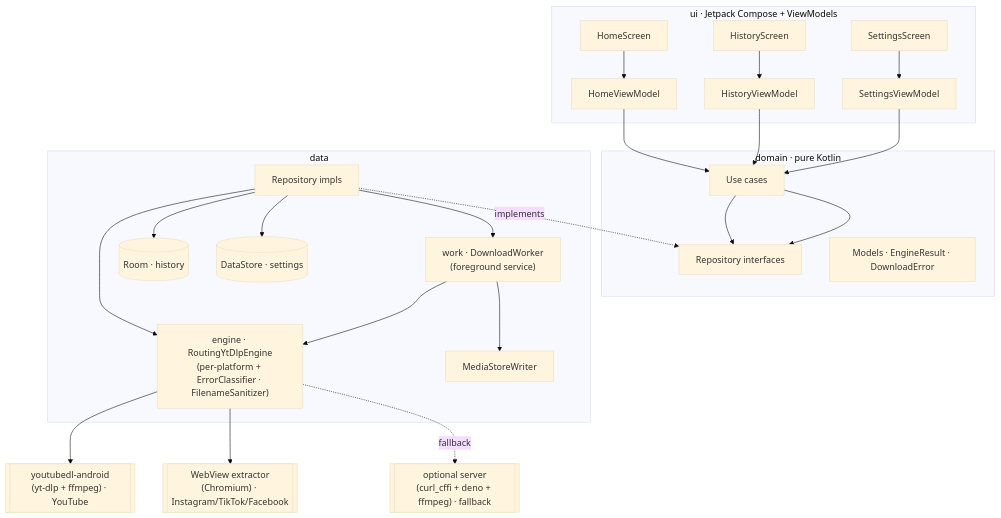
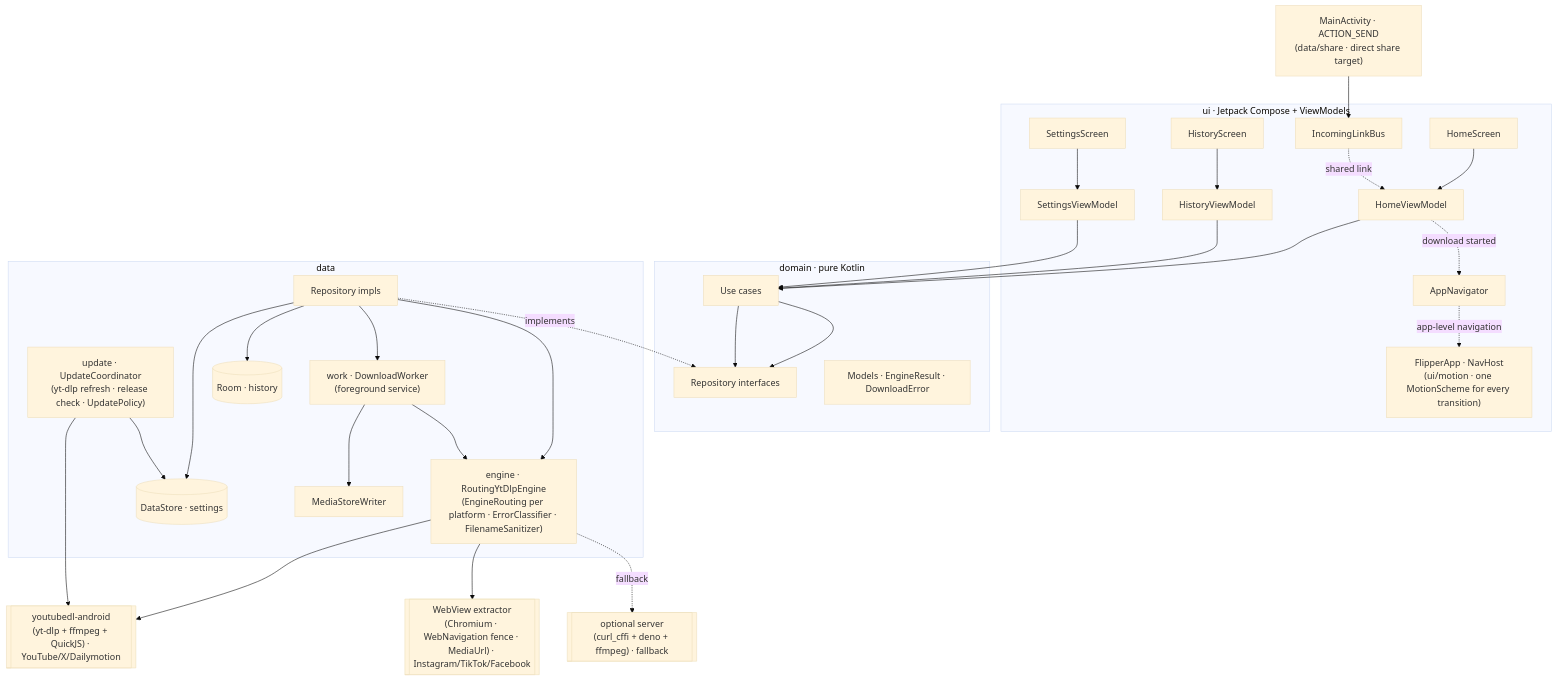
Before and after one commit to pepperonas/flipper-the-ripper: the diagram in README.md, drawn with Mermaid (base theme). The commit also changed other lines of this file and 3 other files, not shown here.

````diff
--- a/README.md
+++ b/README.md
@@ -131,38 +127,46 @@
 ```mermaid
 flowchart TD
     subgraph UI["ui · Jetpack Compose + ViewModels"]
+        APP["FlipperApp · NavHost\n(ui/motion · one MotionScheme for every transition)"]
         Home[HomeScreen] --> HVM[HomeViewModel]
         Hist[HistoryScreen] --> HiVM[HistoryViewModel]
         Set[SettingsScreen] --> SVM[SettingsViewModel]
+        NAV[AppNavigator] -. app-level navigation .-> APP
+        BUS[IncomingLinkBus] -. shared link .-> HVM
     end
+    ACT["MainActivity · ACTION_SEND\n(data/share · direct share target)"] --> BUS
     subgraph DOMAIN["domain · pure Kotlin"]
         UC[Use cases] --> RIF[Repository interfaces]
         MODELS[Models · EngineResult · DownloadError]
     end
     subgraph DATA["data"]
         REPO[Repository impls]
-        ENGINE["engine · RoutingYtDlpEngine\n(per-platform + ErrorClassifier · FilenameSanitizer)"]
+        UPD["update · UpdateCoordinator\n(yt-dlp refresh · release check · UpdatePolicy)"]
+        ENGINE["engine · RoutingYtDlpEngine\n(EngineRouting per platform · ErrorClassifier · FilenameSanitizer)"]
         WORK["work · DownloadWorker\n(foreground service)"]
         ROOM[(Room · history)]
         DS[(DataStore · settings)]
         MEDIA[MediaStoreWriter]
     end
-    YTDLP[["youtubedl-android\n(yt-dlp + ffmpeg) · YouTube"]]
-    WEBVIEW[["WebView extractor\n(Chromium) · Instagram/TikTok/Facebook"]]
+    YTDLP[["youtubedl-android\n(yt-dlp + ffmpeg + QuickJS) · YouTube/X/Dailymotion"]]
+    WEBVIEW[["WebView extractor\n(Chromium · WebNavigation fence · MediaUrl) · Instagram/TikTok/Facebook"]]
     SERVER[["optional server\n(curl_cffi + deno + ffmpeg) · fallback"]]
 
     HVM --> UC
     HiVM --> UC
     SVM --> UC
     UC --> RIF
     REPO -. implements .-> RIF
     REPO --> ENGINE
     REPO --> ROOM
     REPO --> WORK
     WORK --> ENGINE
     WORK --> MEDIA
     ENGINE --> YTDLP
     ENGINE --> WEBVIEW
     ENGINE -. fallback .-> SERVER
     REPO --> DS
+    HVM -. download started .-> NAV
+    UPD --> YTDLP
+    UPD --> DS
 ```
````
